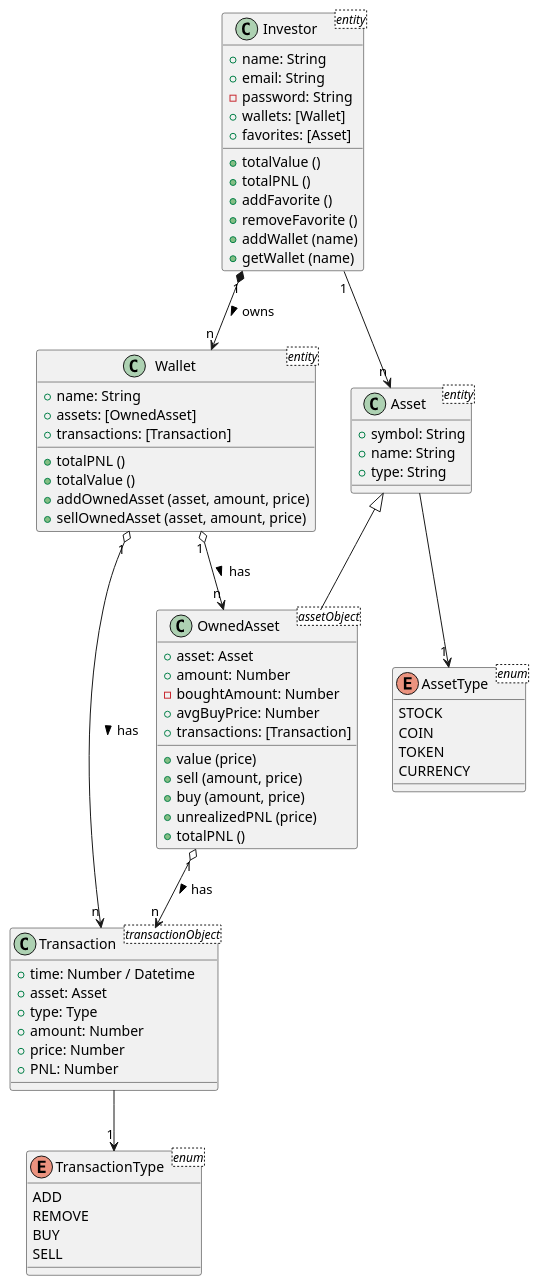
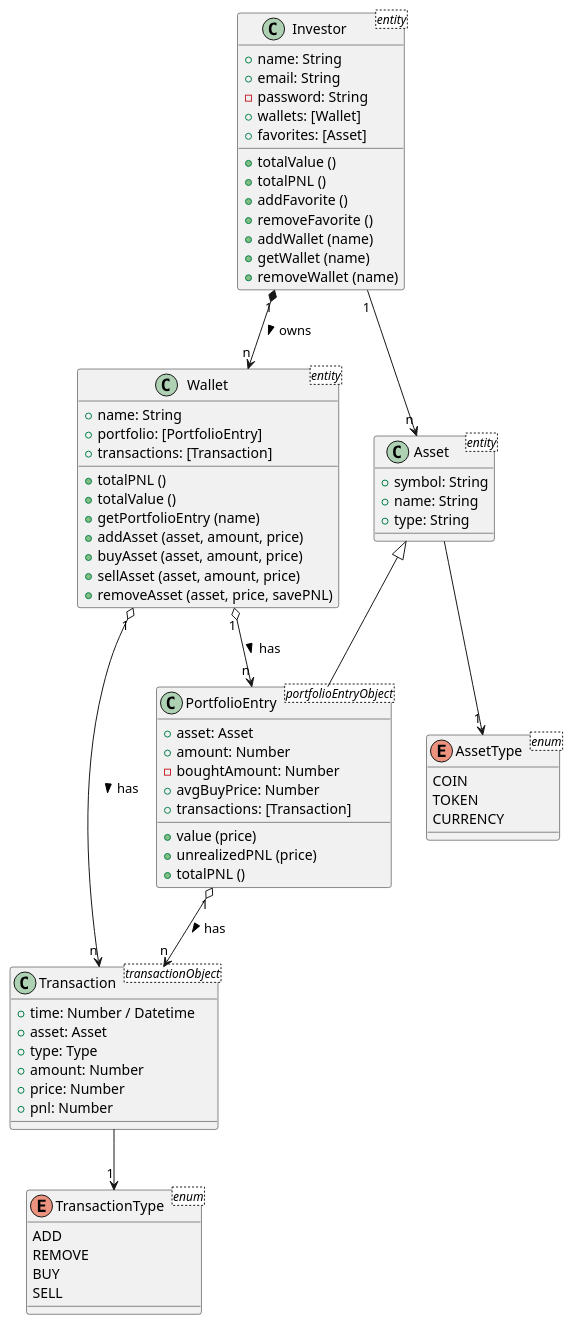
The diagram in class_diagram/class_diagram.puml (urtuba/spot-portfolio-tracker), drawn with PlantUML before and after one commit. The commit also changed 2 other files, not shown here.

Commit message:
Update class diagram as in main

```diff
--- a/class_diagram/class_diagram.puml
+++ b/class_diagram/class_diagram.puml
@@ -1,79 +1,79 @@
 @startuml ClassDiagram
 
 class Investor <entity>{
     + name: String
     + email: String
     - password: String
     + wallets: [Wallet]
     + favorites: [Asset]
     + totalValue ()
     + totalPNL ()
     + addFavorite ()
     + removeFavorite ()
     + addWallet (name)
     + getWallet (name)
+    + removeWallet (name)
 }
 
 class Wallet <entity> {
     + name: String
-    + assets: [OwnedAsset]
+    + portfolio: [PortfolioEntry]
     + transactions: [Transaction]
     + totalPNL ()
     + totalValue ()
-    + addOwnedAsset (asset, amount, price)
-    + sellOwnedAsset (asset, amount, price)
+    + getPortfolioEntry (name)
+    + addAsset (asset, amount, price)
+    + buyAsset (asset, amount, price)
+    + sellAsset (asset, amount, price)
+    + removeAsset (asset, price, savePNL)
 }
 
 class Asset <entity> {
     + symbol: String
     + name: String
     + type: String
 }
 
-class OwnedAsset <assetObject> {
+class PortfolioEntry <portfolioEntryObject> {
     + asset: Asset
     + amount: Number
     - boughtAmount: Number
     + avgBuyPrice: Number
     + transactions: [Transaction]
     + value (price)
-    + sell (amount, price)
-    + buy (amount, price)
     + unrealizedPNL (price)
     + totalPNL ()
 }
 
 class Transaction <transactionObject> {
     + time: Number / Datetime
     + asset: Asset
     + type: Type
     + amount: Number
     + price: Number
-    + PNL: Number
+    + pnl: Number
 }
 
 enum AssetType <enum> {
-    STOCK
     COIN
     TOKEN
     CURRENCY
 }
 
 enum TransactionType <enum> {
     ADD
     REMOVE
     BUY
     SELL
 }
 
-Wallet "n" <-UP-* "1" Investor:  owns <
-Asset <|-- OwnedAsset
-OwnedAsset "1" o--> "n" Transaction: has >
+Wallet "n" <-UP-* "1" Investor: owns <
+Asset <|-- PortfolioEntry
+PortfolioEntry "1" o--> "n" Transaction: has >
 Wallet "1" o--> "n" Transaction: has >
-Wallet "1" o--> "n" OwnedAsset: has >
+Wallet "1" o--> "n" PortfolioEntry: has >
 Asset  --> "1" AssetType
 Transaction --> "1" TransactionType
 Investor "1" --> "n" Asset
 
-
 @enduml
```
